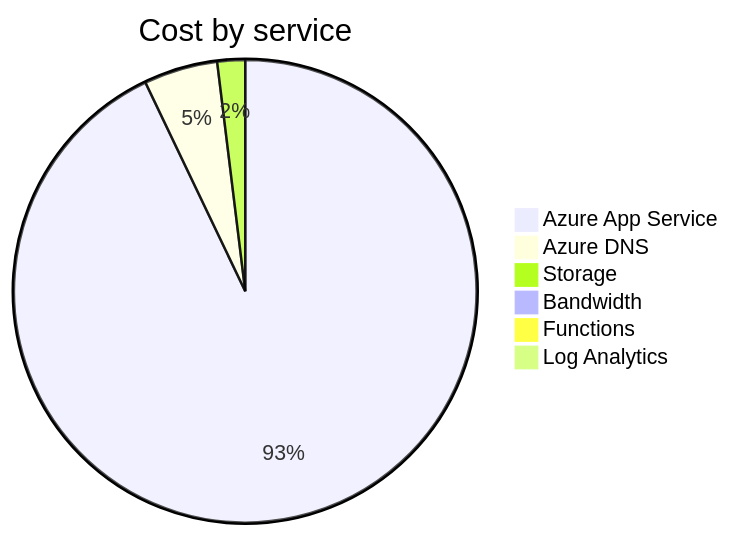
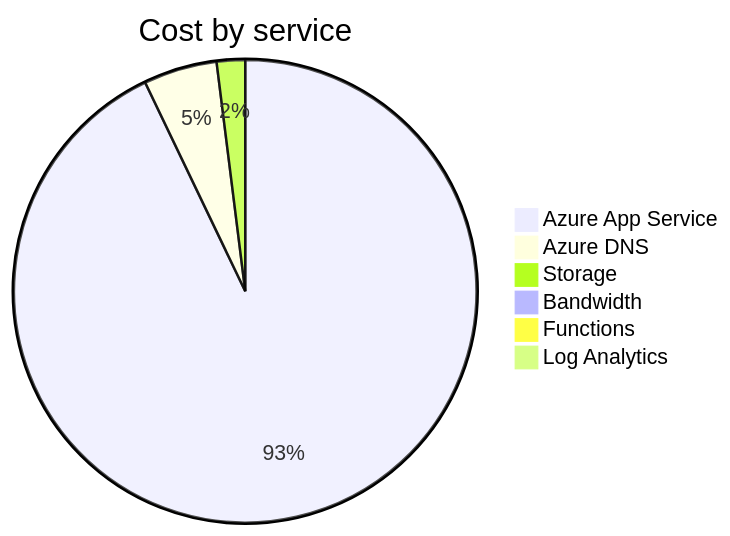
One commit to jpfulton/azure-personal-reports changed the second of 4 diagrams in cost-reports/accumulated-cost.md. Above: the diagram before and after it, drawn with Mermaid. The commit also changed other lines of this file and 4 other files, not shown here.

````diff
--- a/cost-reports/accumulated-cost.md
+++ b/cost-reports/accumulated-cost.md
@@ -98,10 +98,10 @@
 ```mermaid
 pie
    title Cost by service
-   "Azure App Service" : 15.31
-   "Azure DNS" : 0.85
-   "Storage" : 0.32
+   "Azure App Service" : 15.93
+   "Azure DNS" : 0.88
+   "Storage" : 0.34
    "Bandwidth" : 0.00
    "Functions" : 0.00
    "Log Analytics" : 0.00
 ```
````
